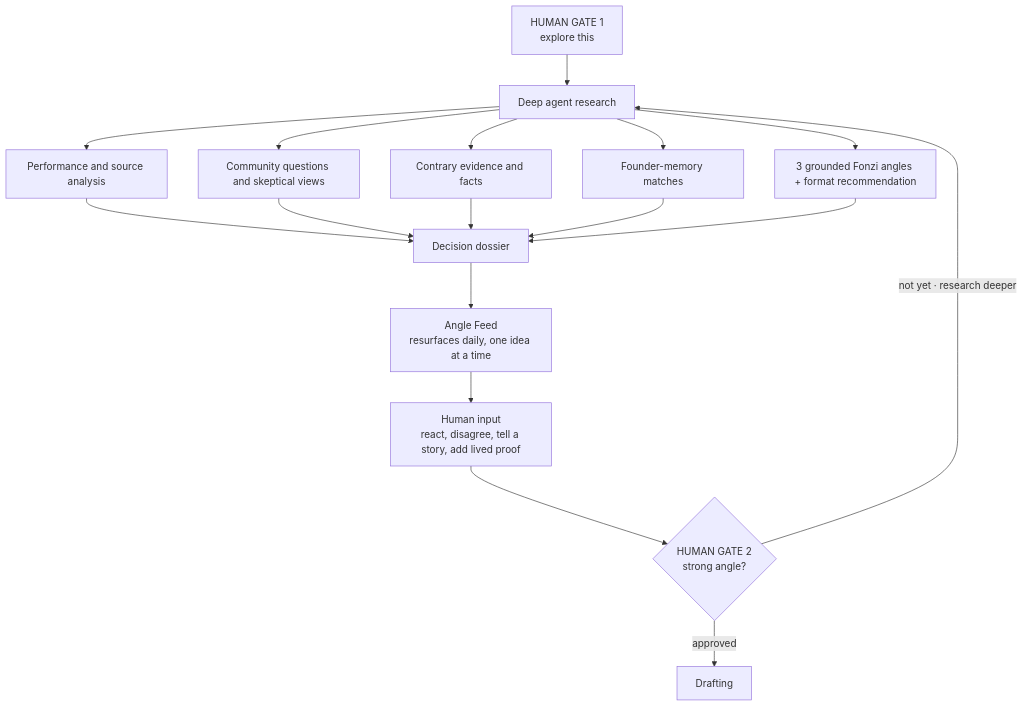
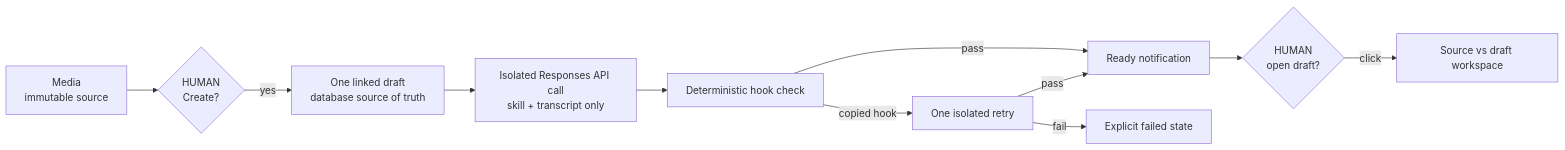
One commit to TJCHOW22/fonzi-signal changed the diagram in SYSTEM-MAP.md. Above: the diagram before and after it, drawn with Mermaid. The commit also changed other lines of this file and 86 other files, not shown here.

Commit message:
Ship Media and Drafts workspace

````diff
--- a/SYSTEM-MAP.md
+++ b/SYSTEM-MAP.md
@@ -58,23 +7,13 @@
 ```mermaid
-flowchart TD
-    A["HUMAN GATE 1<br/>explore this"] --> B["Deep agent research"]
-
-    B --> B1["Performance and source analysis"]
-    B --> B2["Community questions and skeptical views"]
-    B --> B3["Contrary evidence and facts"]
-    B --> B4["Founder-memory matches"]
-    B --> B5["3 grounded Fonzi angles + format recommendation"]
-
-    B1 --> C["Decision dossier"]
-    B2 --> C
-    B3 --> C
-    B4 --> C
-    B5 --> C
-
-    C --> D["Angle Feed<br/>resurfaces daily, one idea at a time"]
-    D --> E["Human input<br/>react, disagree, tell a story, add lived proof"]
-
-    E --> F{"HUMAN GATE 2<br/>strong angle?"}
-    F -->|"not yet · research deeper"| B
-    F -->|"approved"| G["Drafting"]
+flowchart LR
+    A["Media<br/>immutable source"] --> B{"HUMAN<br/>Create?"}
+    B -->|yes| C["One linked draft<br/>database source of truth"]
+    C --> D["Isolated Responses API call<br/>skill + transcript only"]
+    D --> E["Deterministic hook check"]
+    E -->|pass| I["Ready notification"]
+    E -->|copied hook| F["One isolated retry"]
+    F -->|pass| I
+    F -->|fail| G["Explicit failed state"]
+    I --> J{"HUMAN<br/>open draft?"}
+    J -->|click| K["Source vs draft workspace"]
 ```
````
